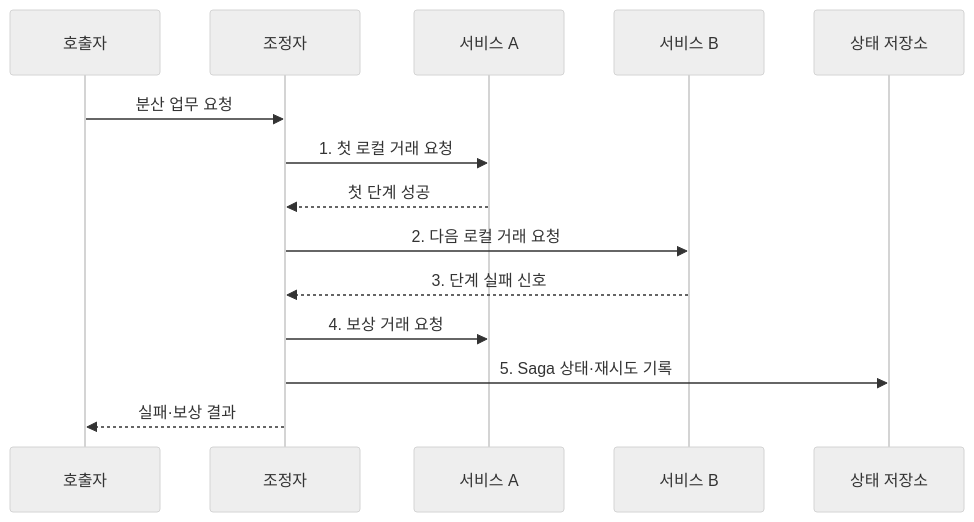
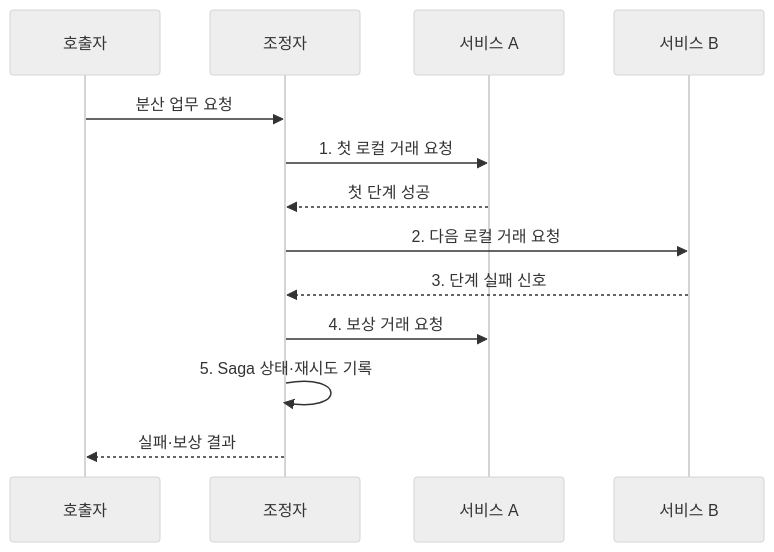
The second of 2 diagrams in src/content/docs/notes/03-software/179_saga_vs_2pc.md (agnusdei1207/knowledge-base), drawn with Mermaid (neutral theme) before and after one commit. The commit also changed 8 other files, not shown here.

Commit message:
Simplify service operation diagrams

````diff
--- a/src/content/docs/notes/03-software/179_saga_vs_2pc.md
+++ b/src/content/docs/notes/03-software/179_saga_vs_2pc.md
@@ -99,16 +99,15 @@
 ```mermaid
 sequenceDiagram
     participant C as 호출자
     participant O as 조정자
     participant A as 서비스 A
     participant B as 서비스 B
-    participant S as 상태 저장소
     C->>O: 분산 업무 요청
     O->>A: 1. 첫 로컬 거래 요청
     A-->>O: 첫 단계 성공
     O->>B: 2. 다음 로컬 거래 요청
     B-->>O: 3. 단계 실패 신호
     O->>A: 4. 보상 거래 요청
-    O->>S: 5. Saga 상태·재시도 기록
+    O->>O: 5. Saga 상태·재시도 기록
     O-->>C: 실패·보상 결과
 ```
````
